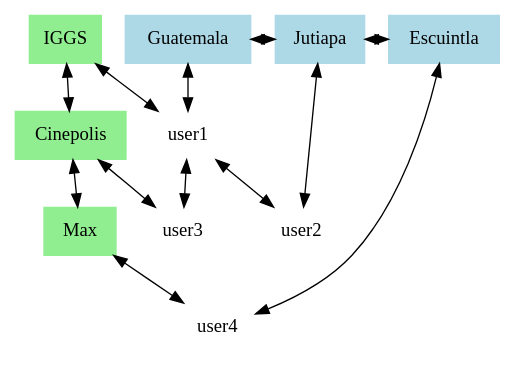
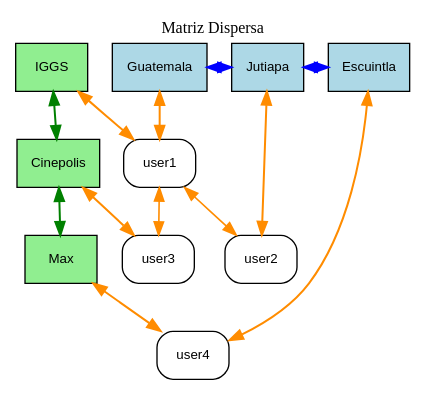
Before and after one commit to bryan-ignacio/projecto_activos: the diagram in matriz.dot, drawn with Graphviz. The commit also changed 3 other files, not shown here.

```diff
--- a/matriz.dot
+++ b/matriz.dot
@@ -1,24 +1,26 @@
 digraph MatrizDispersa {
 rankdir=TB;
-node[shape=box, style=filled, color=lightgrey];
-{ rank=same; H_Guatemala[label="Guatemala", color=lightblue]; H_Jutiapa[label="Jutiapa", color=lightblue]; H_Escuintla[label="Escuintla", color=lightblue]; }
-V_IGGS[label="IGGS", color=lightgreen];
-V_Cinepolis[label="Cinepolis", color=lightgreen];
-V_Max[label="Max", color=lightgreen];
-N_user1[label="user1", color=white];
-N_user3[label="user3", color=white];
-N_user2[label="user2", color=white];
-N_user4[label="user4", color=white];
-H_Guatemala -> H_Jutiapa [dir=both];
-H_Guatemala -> N_user1 [dir=both];
-N_user1 -> N_user3 [dir=both];
-H_Jutiapa -> H_Escuintla [dir=both];
-H_Jutiapa -> N_user2 [dir=both];
-H_Escuintla -> N_user4 [dir=both];
-V_IGGS -> V_Cinepolis [dir=both];
-V_IGGS -> N_user1 [dir=both];
-N_user1 -> N_user2 [dir=both];
-V_Cinepolis -> V_Max [dir=both];
-V_Cinepolis -> N_user3 [dir=both];
-V_Max -> N_user4 [dir=both];
+graph[fontsize=12, labelloc=t, label="Matriz Dispersa", fontcolor=black];
+node[shape=box, style=filled, fontname="Helvetica", fontsize=10];
+edge[penwidth=1.2, color=gray];
+{ rank=same; H_Guatemala[label="Guatemala", fillcolor=lightblue, fontcolor=black]; H_Jutiapa[label="Jutiapa", fillcolor=lightblue, fontcolor=black]; H_Escuintla[label="Escuintla", fillcolor=lightblue, fontcolor=black]; }
+V_IGGS[label="IGGS", fillcolor=lightgreen, fontcolor=black];
+V_Cinepolis[label="Cinepolis", fillcolor=lightgreen, fontcolor=black];
+V_Max[label="Max", fillcolor=lightgreen, fontcolor=black];
+N_user1[label="user1", fillcolor=white, fontcolor=black, style="rounded,filled"];
+N_user3[label="user3", fillcolor=white, fontcolor=black, style="rounded,filled"];
+N_user2[label="user2", fillcolor=white, fontcolor=black, style="rounded,filled"];
+N_user4[label="user4", fillcolor=white, fontcolor=black, style="rounded,filled"];
+H_Guatemala -> H_Jutiapa [dir=both, color=blue, penwidth=1.5];
+H_Guatemala -> N_user1 [dir=both, color=darkorange, penwidth=1.5];
+N_user1 -> N_user3 [dir=both, color=darkorange, penwidth=1.2];
+H_Jutiapa -> H_Escuintla [dir=both, color=blue, penwidth=1.5];
+H_Jutiapa -> N_user2 [dir=both, color=darkorange, penwidth=1.5];
+H_Escuintla -> N_user4 [dir=both, color=darkorange, penwidth=1.5];
+V_IGGS -> V_Cinepolis [dir=both, color=green, penwidth=1.5];
+V_IGGS -> N_user1 [dir=both, color=darkorange, penwidth=1.5];
+N_user1 -> N_user2 [dir=both, color=darkorange, penwidth=1.2];
+V_Cinepolis -> V_Max [dir=both, color=green, penwidth=1.5];
+V_Cinepolis -> N_user3 [dir=both, color=darkorange, penwidth=1.5];
+V_Max -> N_user4 [dir=both, color=darkorange, penwidth=1.5];
 }
```
